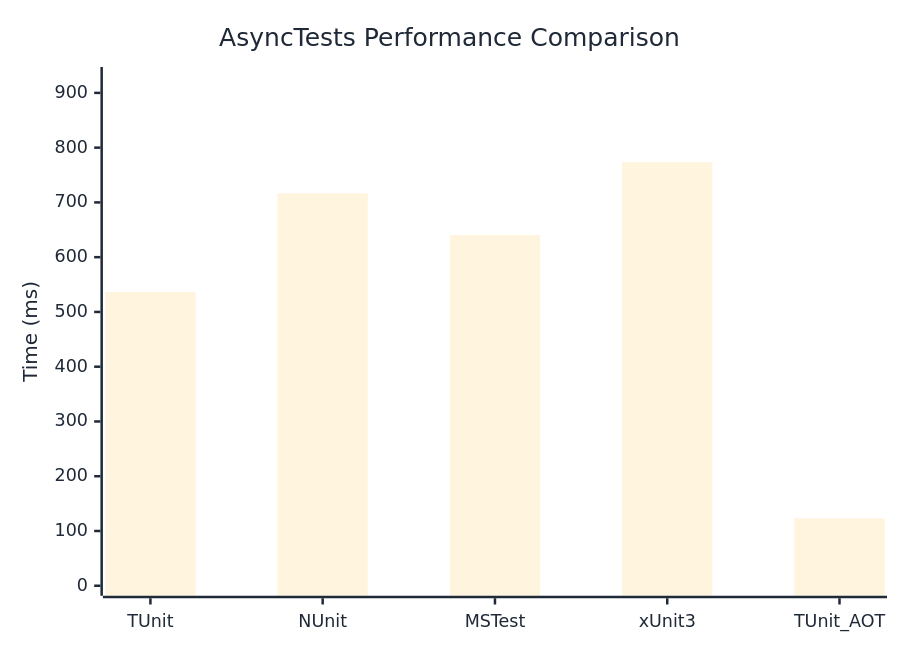
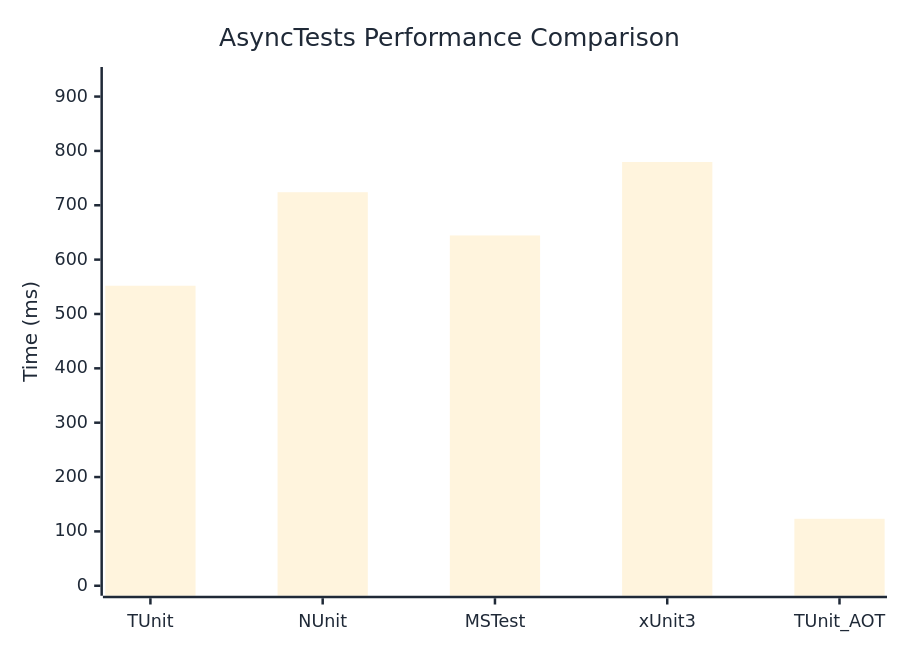
Before and after one commit to thomhurst/TUnit: the diagram in docs/docs/benchmarks/AsyncTests.md, drawn with Mermaid. The commit also changed other lines of this file and 17 other files, not shown here.

````diff
--- a/docs/docs/benchmarks/AsyncTests.md
+++ b/docs/docs/benchmarks/AsyncTests.md
@@ -27,37 +27,37 @@
 ```mermaid
 %%{init: {
   'theme':'base',
   'themeVariables': {
     'primaryColor': '#2563eb',
     'primaryTextColor': '#1f2937',
     'primaryBorderColor': '#1e40af',
     'lineColor': '#6b7280',
     'secondaryColor': '#7c3aed',
     'tertiaryColor': '#dc2626',
     'background': '#ffffff',
     'mainBkg': '#2563eb',
     'secondBkg': '#7c3aed',
     'tertiaryBkg': '#dc2626',
     'clusterBkg': '#f3f4f6',
     'edgeLabelBackground': '#ffffff',
     'tertiaryTextColor': '#1f2937',
     'pie1': '#2563eb',
     'pie2': '#7c3aed',
     'pie3': '#dc2626',
     'pie4': '#f59e0b',
     'pie5': '#10b981',
     'pie6': '#06b6d4',
     'pie7': '#ec4899',
     'pie8': '#6366f1',
     'pie9': '#84cc16',
     'pie10': '#f97316',
     'pie11': '#14b8a6',
     'pie12': '#a855f7'
   }
 }}%%
 xychart-beta
   title "AsyncTests Performance Comparison"
   x-axis ["TUnit", "NUnit", "MSTest", "xUnit3", "TUnit_AOT"]
-  y-axis "Time (ms)" 0 --> 929
-  bar [536.4, 716.8, 640.5, 773.5, 123]
+  y-axis "Time (ms)" 0 --> 936
+  bar [552, 724, 644.5, 779.6, 123.2]
 ```
````
